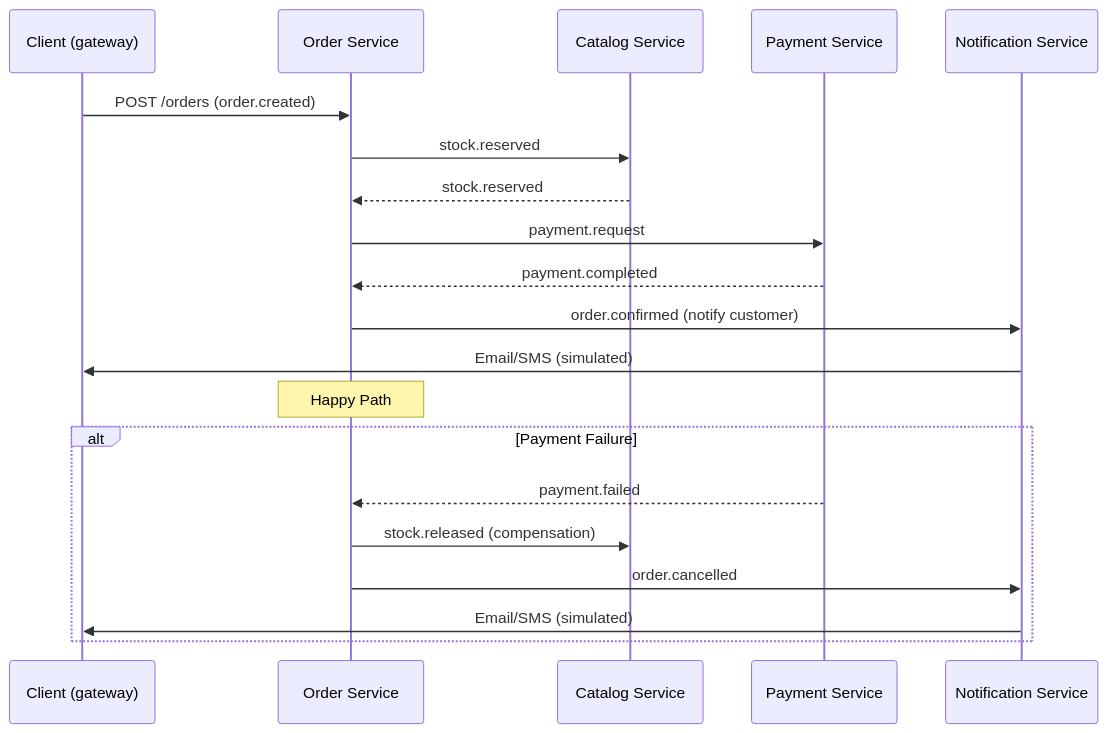
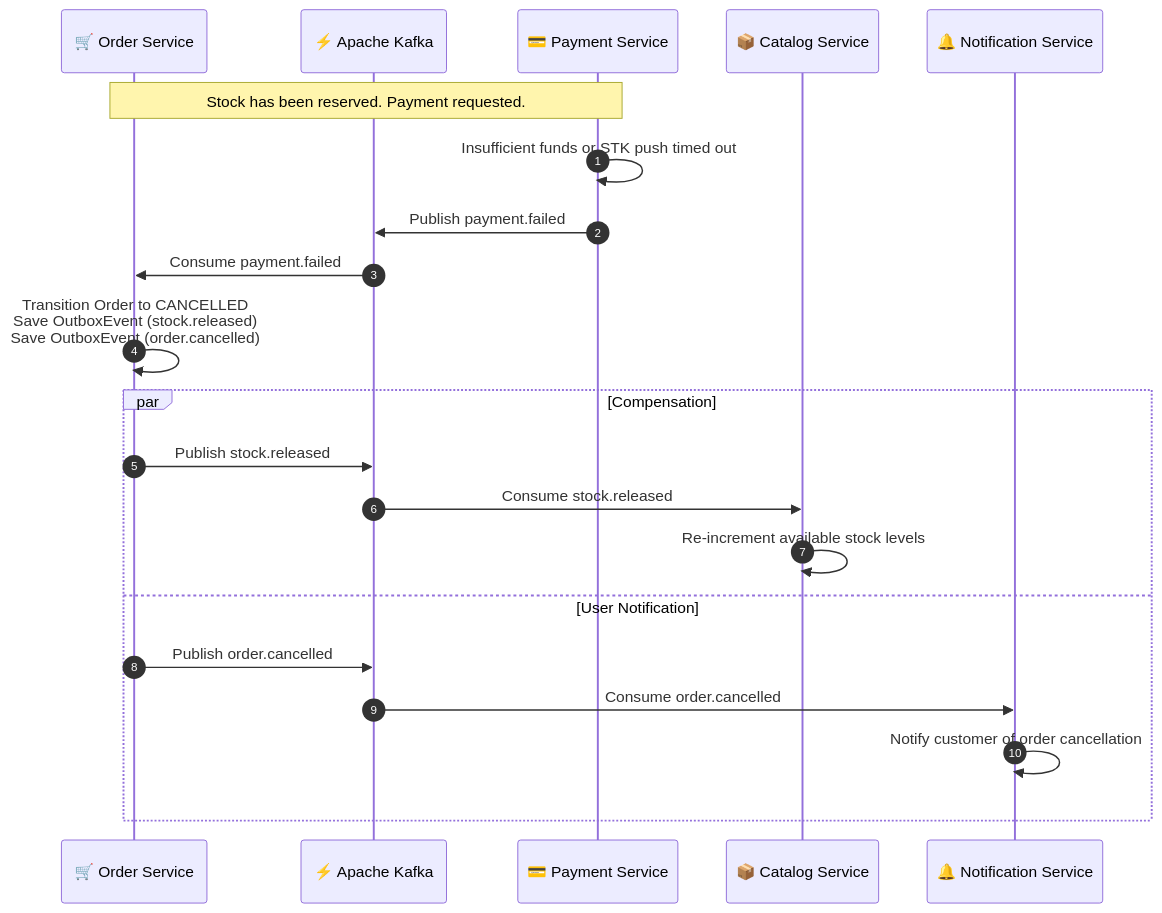
One commit to crnjihia/storefront-services changed the third of 3 diagrams in README.md. Above: the diagram before and after it, drawn with Mermaid. The commit also changed other lines of this file, not shown here.

Commit message:
docs: enrich README with complete architecture, saga sequence diagrams, and cURL walkthrough

````diff
--- a/README.md
+++ b/README.md
@@ -58,24 +145,26 @@
 ```mermaid
 sequenceDiagram
-    participant Client as Client (gateway)
-    participant Order as Order Service
-    participant Catalog as Catalog Service
-    participant Payment as Payment Service
-    participant Notification as Notification Service
+    autonumber
+    participant OrderSvc as 🛒 Order Service
+    participant Kafka as ⚡ Apache Kafka
+    participant PaymentSvc as 💳 Payment Service
+    participant CatalogSvc as 📦 Catalog Service
+    participant NotifSvc as 🔔 Notification Service
 
-    Client->>Order: POST /orders (order.created)
-    Order->>Catalog: stock.reserved
-    Catalog-->>Order: stock.reserved
-    Order->>Payment: payment.request
-    Payment-->>Order: payment.completed
-    Order->>Notification: order.confirmed (notify customer)
-    Notification->>Client: Email/SMS (simulated)
-    Note over Order: Happy Path
+    Note over OrderSvc,PaymentSvc: Stock has been reserved. Payment requested.
+    PaymentSvc->>PaymentSvc: Insufficient funds or STK push timed out
+    PaymentSvc->>Kafka: Publish payment.failed
 
-    alt Payment Failure
-        Payment-->>Order: payment.failed
-        Order->>Catalog: stock.released (compensation)
-        Order->>Notification: order.cancelled
-        Notification->>Client: Email/SMS (simulated)
+    Kafka->>OrderSvc: Consume payment.failed
+    OrderSvc->>OrderSvc: Transition Order to CANCELLED<br/>Save OutboxEvent (stock.released)<br/>Save OutboxEvent (order.cancelled)
+
+    par Compensation
+        OrderSvc->>Kafka: Publish stock.released
+        Kafka->>CatalogSvc: Consume stock.released
+        CatalogSvc->>CatalogSvc: Re-increment available stock levels
+    and User Notification
+        OrderSvc->>Kafka: Publish order.cancelled
+        Kafka->>NotifSvc: Consume order.cancelled
+        NotifSvc->>NotifSvc: Notify customer of order cancellation
     end
 ```
````
